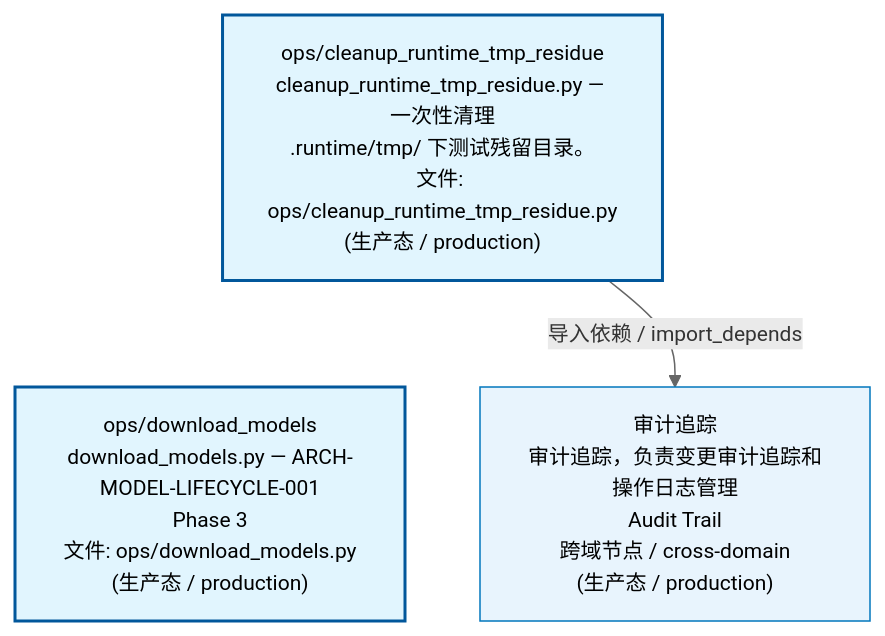
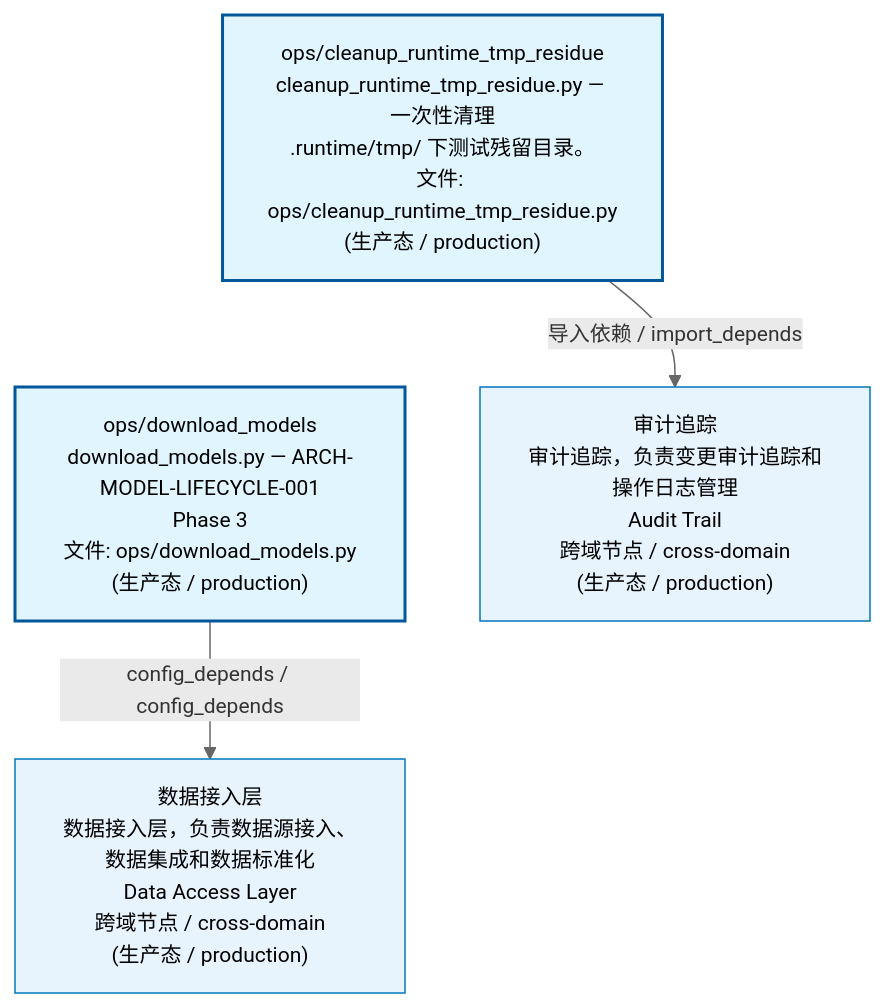
Before and after one commit to xuanFelixVan/ZephyrAlpha: the first of 3 diagrams in docs/02_enterprise_architecture/02_domain_architecture_docs/04_d_infra_ops.md, drawn with Mermaid. The commit also changed other lines of this file and 46 other files, not shown here.

````diff
--- a/docs/02_enterprise_architecture/02_domain_architecture_docs/04_d_infra_ops.md
+++ b/docs/02_enterprise_architecture/02_domain_architecture_docs/04_d_infra_ops.md
@@ -53,15 +53,17 @@
 ```mermaid
 %%{init: {'theme': 'base', 'themeVariables': {'primaryColor': '#eaeaea', 'primaryTextColor': '#333333', 'primaryBorderColor': '#666666', 'lineColor': '#666666', 'secondaryColor': '#eaeaea', 'tertiaryColor': '#eaeaea', 'fontSize': '14px'}}}%%
 flowchart TD
     scripts_ops_cleanup_runtime_tmp_residue_py["ops/cleanup_runtime_tmp_residue<br/>cleanup_runtime_tmp_residue.py — 一次性清理<br/>.runtime/tmp/ 下测试残留目录。<br/>文件: ops/cleanup_runtime_tmp_residue.py<br/>(生产态 / production)"]
     scripts_ops_download_models_py["ops/download_models<br/>download_models.py — ARCH-MODEL-LIFECYCLE-001<br/>Phase 3<br/>文件: ops/download_models.py<br/>(生产态 / production)"]
     scripts_ops_cleanup_runtime_tmp_residue_py ~~~ scripts_ops_download_models_py
     D_GOV_AUDIT["审计追踪<br/>审计追踪，负责变更审计追踪和操作日志管理<br/>Audit Trail<br/>跨域节点 / cross-domain<br/>(生产态 / production)"]
     scripts_ops_cleanup_runtime_tmp_residue_py -->|导入依赖 / import_depends| D_GOV_AUDIT
+    D_DATA["数据接入层<br/>数据接入层，负责数据源接入、数据集成和数据标准化<br/>Data Access Layer<br/>跨域节点 / cross-domain<br/>(生产态 / production)"]
+    scripts_ops_download_models_py -->|config_depends / config_depends| D_DATA
     classDef production fill:#e1f5fe,stroke:#01579b,stroke-width:2px,color:#000
     classDef design fill:#fff3e0,stroke:#e65100,stroke-width:2px,color:#000,stroke-dasharray: 5 5
     classDef external_prod fill:#e8f4fd,stroke:#0277bd,stroke-width:1px,color:#000
     classDef external_design fill:#fff8e7,stroke:#ef6c00,stroke-width:1px,color:#000,stroke-dasharray: 5 5
     class scripts_ops_cleanup_runtime_tmp_residue_py,scripts_ops_download_models_py production
-    class D_GOV_AUDIT external_prod
+    class D_GOV_AUDIT,D_DATA external_prod
 ```
````
